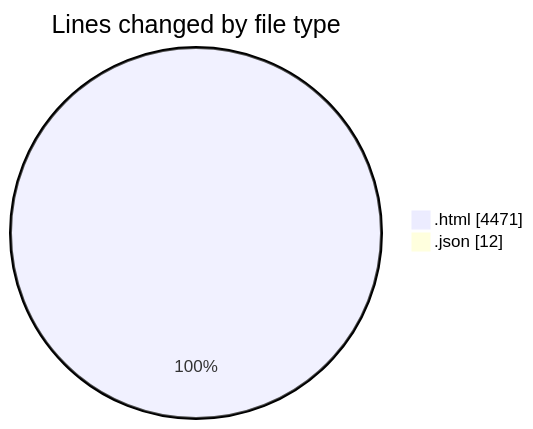
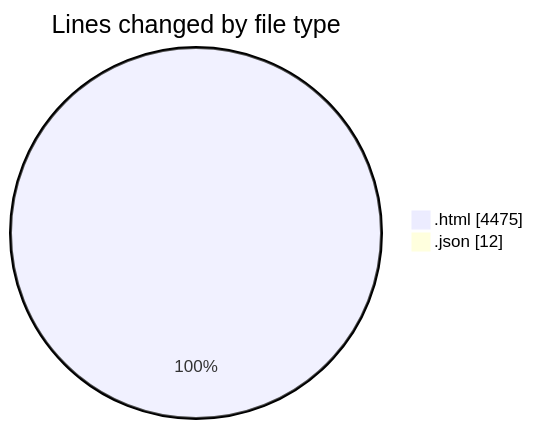
One commit to momahboobian/code-tracking changed the first of 2 diagrams in 2026-05-21/pdf_invoice/README.md. Above: the diagram before and after it, drawn with Mermaid. The commit also changed other lines of this file and 1 other file, not shown here.

````diff
--- a/2026-05-21/pdf_invoice/README.md
+++ b/2026-05-21/pdf_invoice/README.md
@@ -26,6 +26,6 @@
 ```mermaid
 pie showData
 title Lines changed by file type
-".html" : 4471
+".html" : 4475
 ".json" : 12
 ```
````
